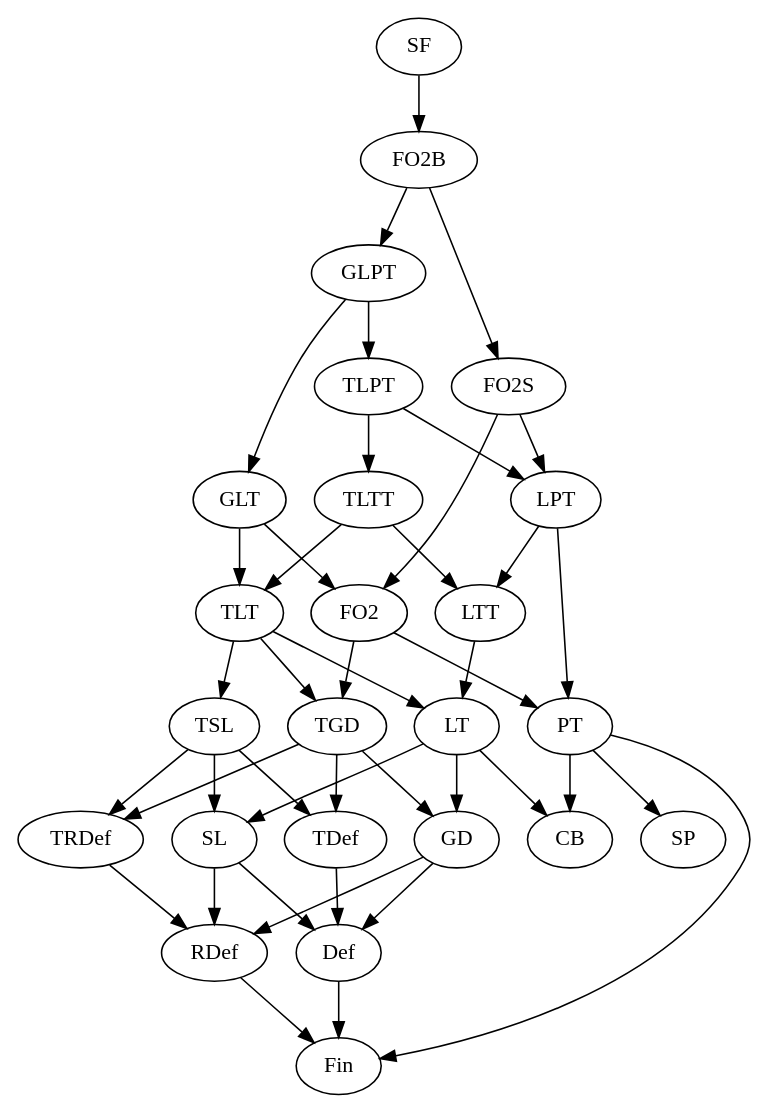
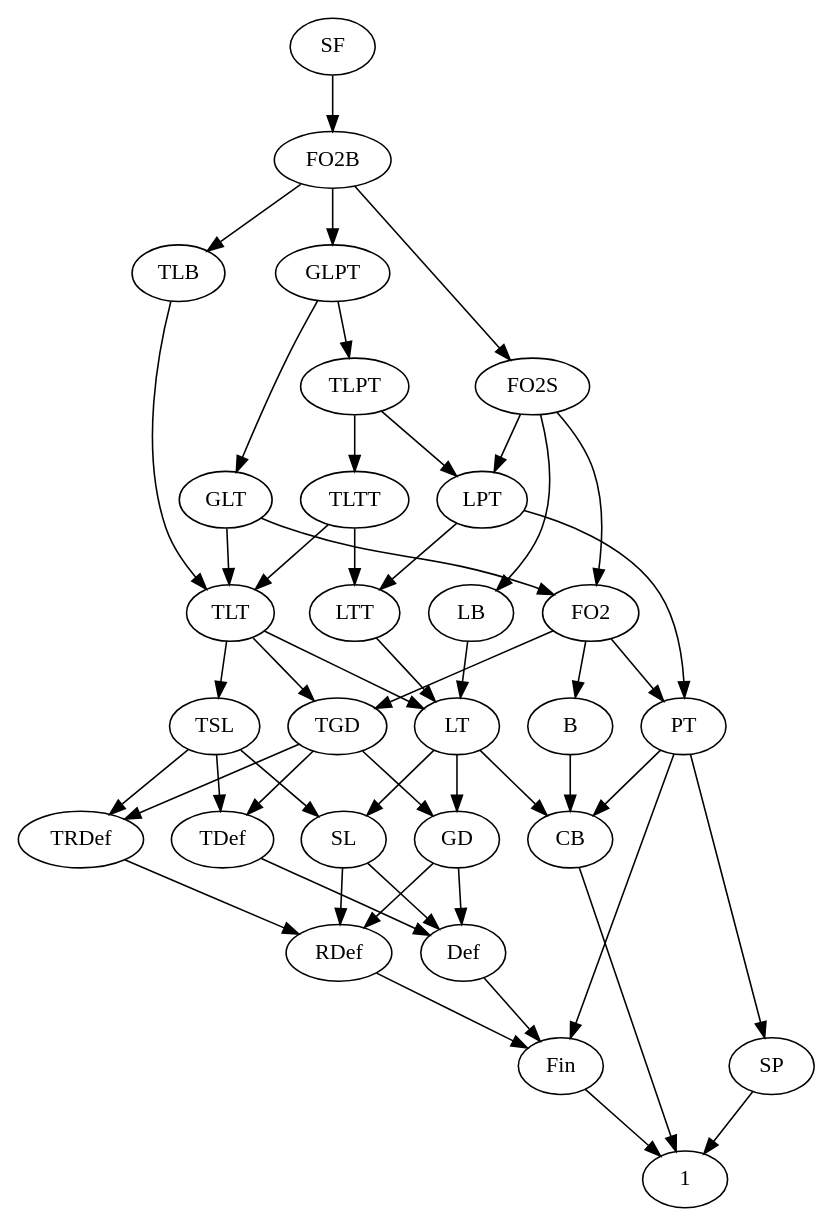
One commit to vvulpes0/Language-Toolkit-2 changed the diagram in hierarchy.dot. Above: the diagram before and after it, drawn with Graphviz. The commit also changed 6 other files, not shown here.

```diff
--- a/hierarchy.dot
+++ b/hierarchy.dot
@@ -1,44 +1,53 @@
 digraph subreg {
 SF -> FO2B;
 FO2B -> FO2S;
 FO2S -> FO2;
 FO2 -> PT;
+FO2 -> B;
+B -> CB;
 PT -> SP;
 LTT -> LT;
 LT -> SL;
 TLTT -> LTT;
 TLTT -> TLT;
 TLT -> LT;
 TLT -> TSL;
 TSL -> SL;
 FO2B -> GLPT;
+FO2B -> TLB;
+TLB -> TLT;
 GLPT -> GLT;
 GLT -> TLT;
 GLT -> FO2;
 FO2S -> LPT;
+FO2S -> LB;
+LB -> LT;
 LPT -> LTT;
 LPT -> PT;
 GLPT -> TLPT;
 TLPT -> TLTT;
 TLPT -> LPT;
 TLT -> TGD;
 FO2 -> TGD;
 LT -> GD;
 TGD -> GD;
 PT -> CB;
 PT -> Fin;
 LT -> CB;
+CB -> 1;
+Fin -> 1;
+SP -> 1;
 
 TGD -> TDef;
 TGD -> TRDef;
 GD -> Def;
 GD -> RDef;
 SL -> Def;
 SL -> RDef;
 Def -> Fin;
 RDef -> Fin;
 TSL -> TDef;
 TSL -> TRDef;
 TDef -> Def;
 TRDef -> RDef;
 }
```
